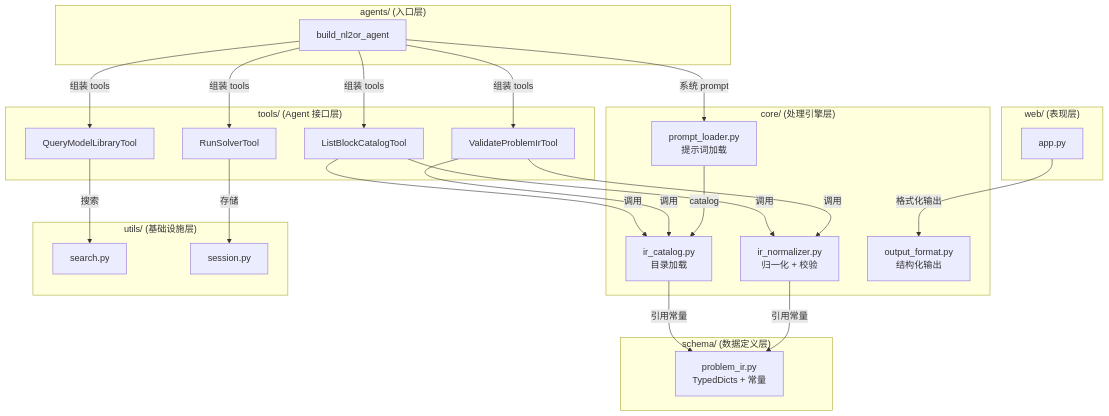
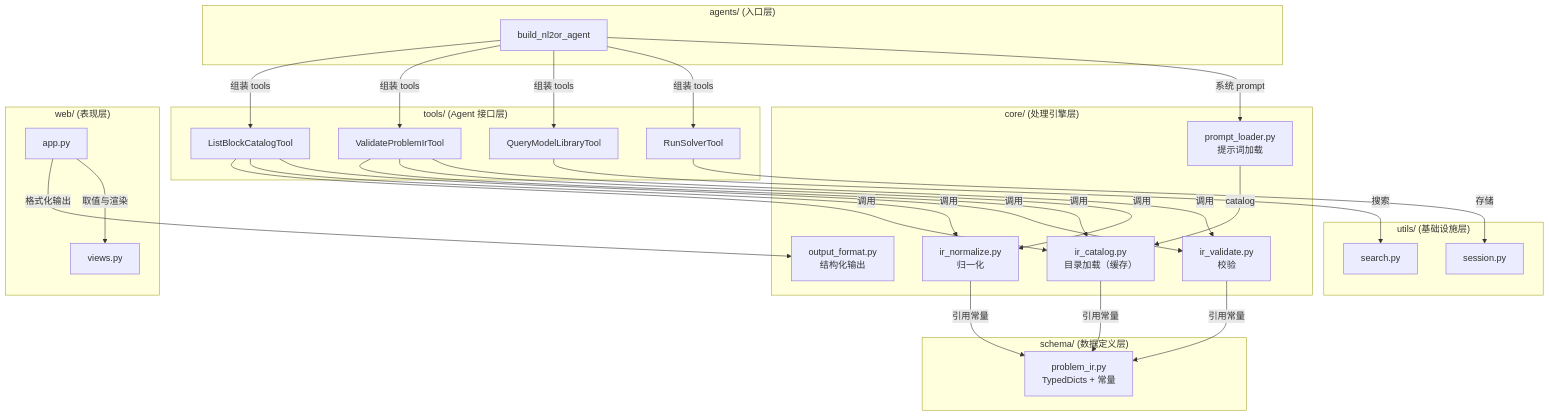
One commit to suifengwudong/NL2OR_agent changed the diagram in nl2or_agent/README.md. Above: the diagram before and after it, drawn with Mermaid. The commit also changed other lines of this file and 45 other files, not shown here.

````diff
--- a/nl2or_agent/README.md
+++ b/nl2or_agent/README.md
@@ -249,42 +270,45 @@
 ```mermaid
 graph TD
     subgraph "agents/ (入口层)"
         A[build_nl2or_agent]
     end
 
     subgraph "tools/ (Agent 接口层)"
         T1[ListBlockCatalogTool]
         T2[ValidateProblemIrTool]
         T3[QueryModelLibraryTool]
         T4[RunSolverTool]
     end
 
     subgraph "core/ (处理引擎层)"
-        C1["ir_catalog.py<br/>目录加载"]
-        C2["ir_normalizer.py<br/>归一化 + 校验"]
+        C1["ir_catalog.py<br/>目录加载（缓存）"]
+        C2["ir_normalize.py<br/>归一化"]
+        C2b["ir_validate.py<br/>校验"]
         C3["output_format.py<br/>结构化输出"]
         C4["prompt_loader.py<br/>提示词加载"]
     end
 
     subgraph "schema/ (数据定义层)"
         S1["problem_ir.py<br/>TypedDicts + 常量"]
     end
 
     subgraph "utils/ (基础设施层)"
         U1["search.py"]
         U2["session.py"]
     end
 
     subgraph "web/ (表现层)"
         W1["app.py"]
+        W2["views.py"]
     end
 
     A -->|组装 tools| T1 & T2 & T3 & T4
     A -->|系统 prompt| C4
-    T1 & T2 -->|调用| C1 & C2
+    T1 & T2 -->|调用| C1 & C2 & C2b
     T3 -->|搜索| U1
     T4 -->|存储| U2
-    C1 & C2 -->|引用常量| S1
+    C1 & C2 & C2b -->|引用常量| S1
     C4 -->|catalog| C1
     W1 -->|格式化输出| C3
+    W1 -->|取值与渲染| W2
 ```
````
